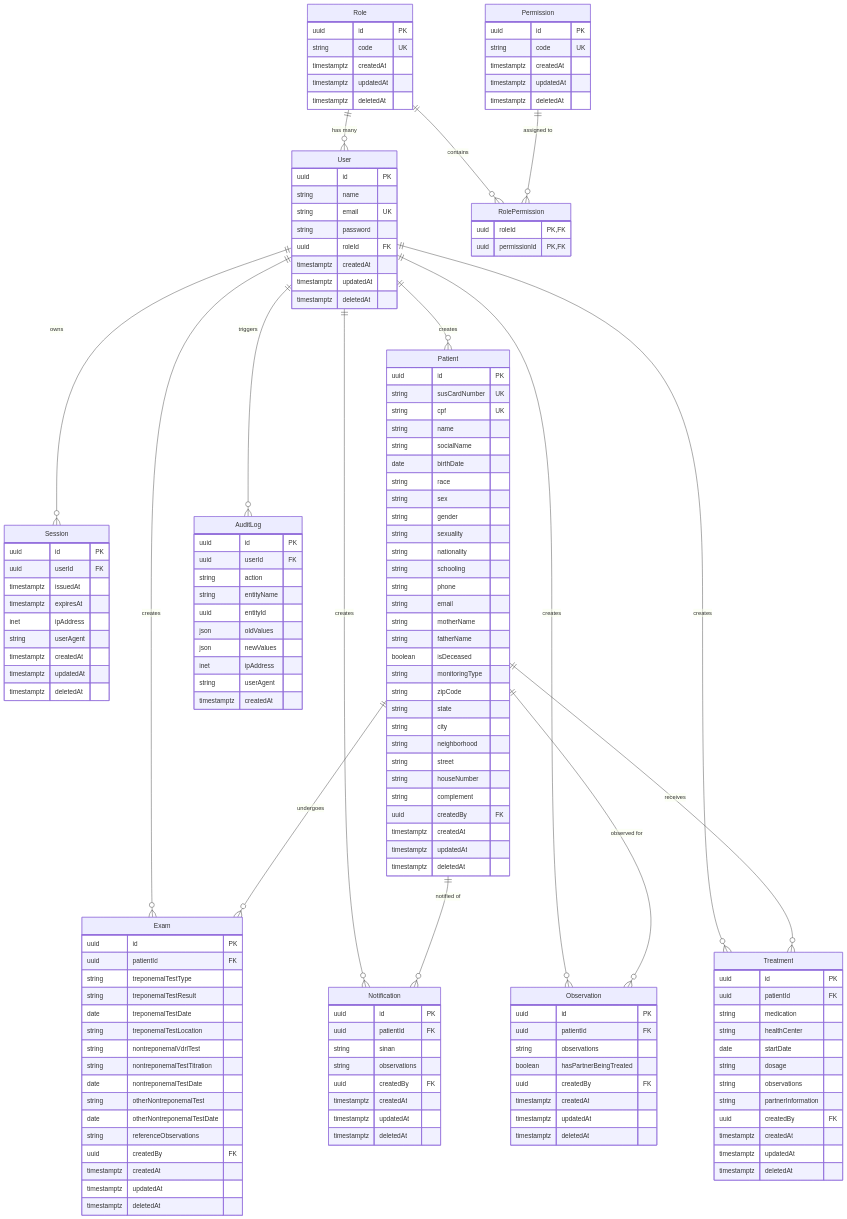
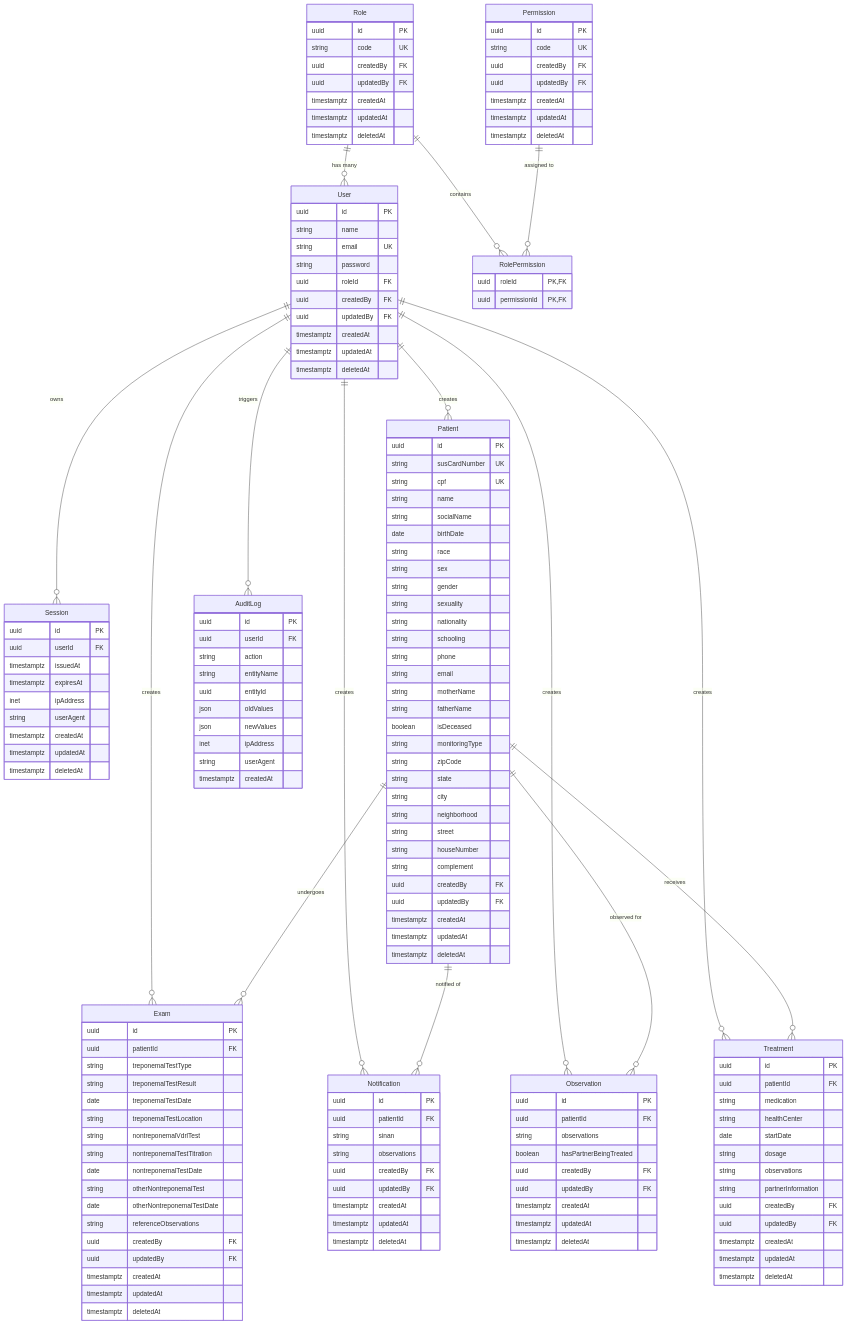
One commit to thiagocrux/simcasi-fullstack changed the diagram in README.md. Above: the diagram before and after it, drawn with Mermaid. The commit also changed 99 other files, not shown here.

```diff
--- a/README.md
+++ b/README.md
@@ -482,6 +482,8 @@
     Role {
         uuid id PK
         string code UK
+        uuid createdBy FK
+        uuid updatedBy FK
         timestamptz createdAt
         timestamptz updatedAt
         timestamptz deletedAt
@@ -490,6 +492,8 @@
     Permission {
         uuid id PK
         string code UK
+        uuid createdBy FK
+        uuid updatedBy FK
         timestamptz createdAt
         timestamptz updatedAt
         timestamptz deletedAt
@@ -506,6 +510,8 @@
         string email UK
         string password
         uuid roleId FK
+        uuid createdBy FK
+        uuid updatedBy FK
         timestamptz createdAt
         timestamptz updatedAt
         timestamptz deletedAt
@@ -538,6 +544,7 @@
         string houseNumber
         string complement
         uuid createdBy FK
+        uuid updatedBy FK
         timestamptz createdAt
         timestamptz updatedAt
         timestamptz deletedAt
@@ -557,6 +564,7 @@
         date otherNontreponemalTestDate
         string referenceObservations
         uuid createdBy FK
+        uuid updatedBy FK
         timestamptz createdAt
         timestamptz updatedAt
         timestamptz deletedAt
@@ -568,6 +576,7 @@
         string sinan
         string observations
         uuid createdBy FK
+        uuid updatedBy FK
         timestamptz createdAt
         timestamptz updatedAt
         timestamptz deletedAt
@@ -579,6 +588,7 @@
         string observations
         boolean hasPartnerBeingTreated
         uuid createdBy FK
+        uuid updatedBy FK
         timestamptz createdAt
         timestamptz updatedAt
         timestamptz deletedAt
@@ -594,6 +604,7 @@
         string observations
         string partnerInformation
         uuid createdBy FK
+        uuid updatedBy FK
         timestamptz createdAt
         timestamptz updatedAt
         timestamptz deletedAt
```
